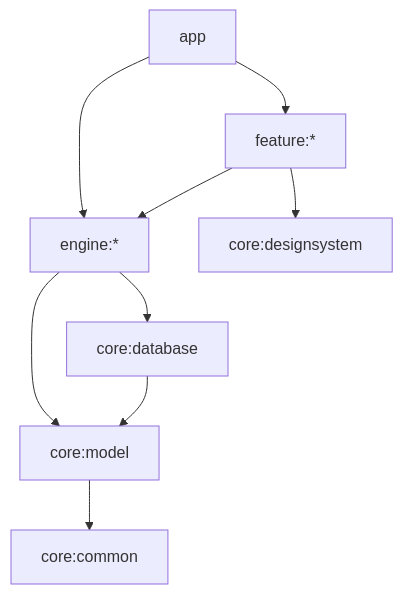
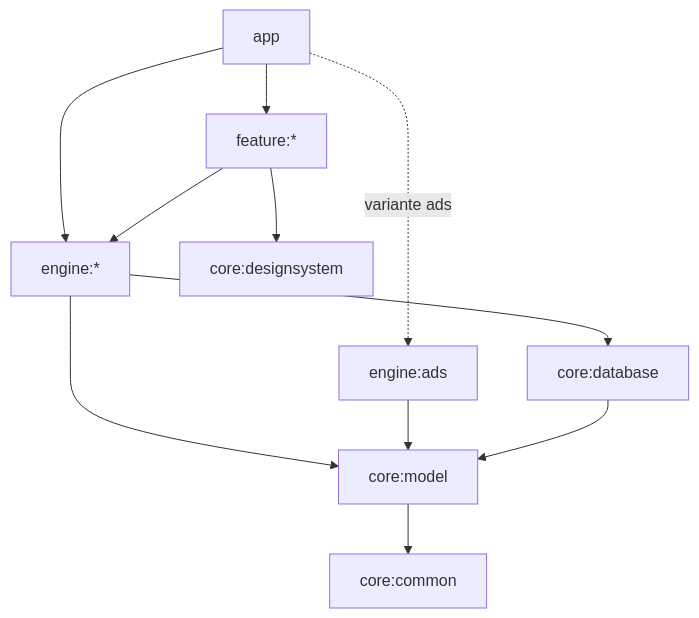
The second of 4 diagrams in docs/03-architecture.md (nathan33670-spec/Seekmind), drawn with Mermaid before and after one commit. The commit also changed other lines of this file and 3 other files, not shown here.

First line of the commit message:
docs: update requirements and architecture for validated decisions

````diff
--- a/docs/03-architecture.md
+++ b/docs/03-architecture.md
@@ -83,11 +92,13 @@
 ```mermaid
 flowchart TD
   app --> feature["feature:*"]
   app --> engine["engine:*"]
+  app -. "variante ads" .-> ads["engine:ads"]
   feature --> engine
   feature --> ds["core:designsystem"]
   engine --> db["core:database"]
   engine --> model["core:model"]
+  ads --> model
   db --> model
   model --> common["core:common"]
 ```
````
